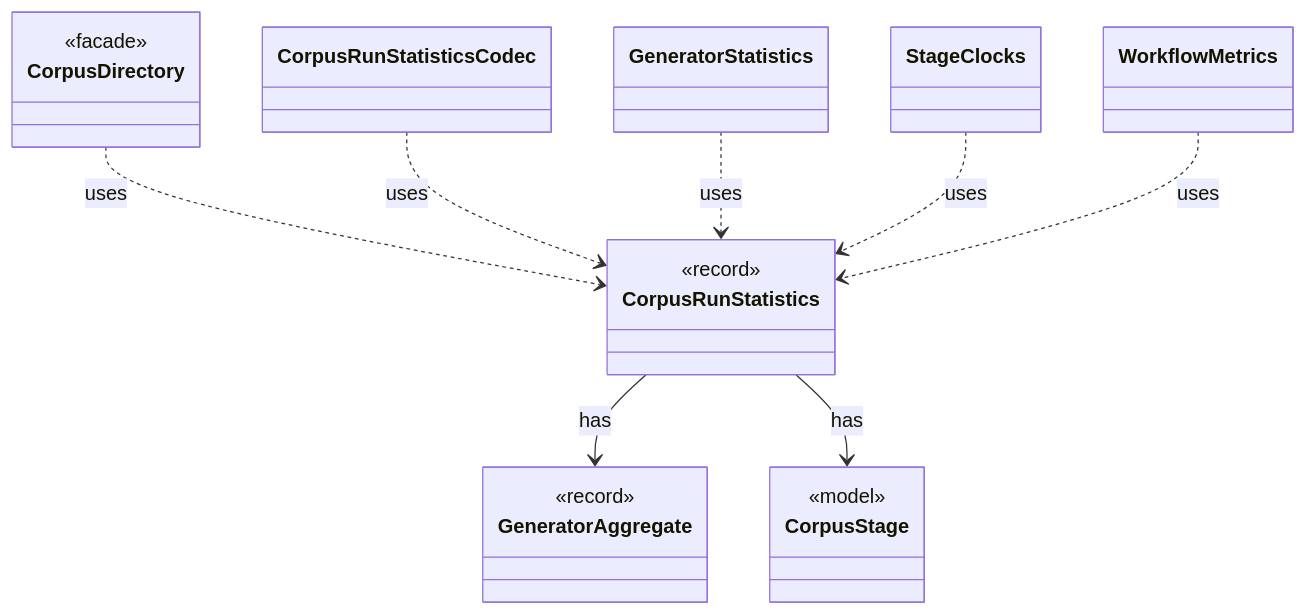
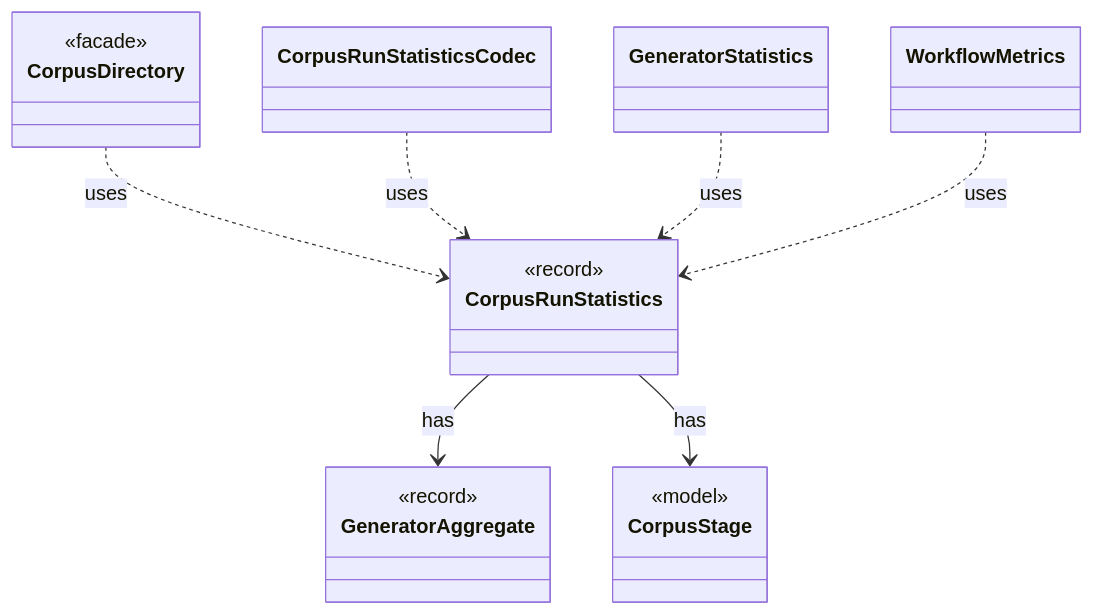
One commit to tlaplus/model-checker-hardening changed the diagram in dev/types/io.github.tlaplus.hardening.corpus.CorpusRunStatistics.md. Above: the diagram before and after it, drawn with Mermaid. The commit also changed other lines of this file and 408 other files, not shown here.

````diff
--- a/dev/types/io.github.tlaplus.hardening.corpus.CorpusRunStatistics.md
+++ b/dev/types/io.github.tlaplus.hardening.corpus.CorpusRunStatistics.md
@@ -7,26 +7,24 @@
 ```mermaid
 classDiagram
   class CorpusRunStatistics {
     <<record>>
   }
   class GeneratorAggregate {
     <<record>>
   }
   class CorpusStage {
     <<model>>
   }
   class CorpusDirectory {
     <<facade>>
   }
   class CorpusRunStatisticsCodec
   class GeneratorStatistics
-  class StageClocks
   class WorkflowMetrics
   CorpusRunStatistics --> GeneratorAggregate : has
   CorpusRunStatistics --> CorpusStage : has
   CorpusDirectory ..> CorpusRunStatistics : uses
   CorpusRunStatisticsCodec ..> CorpusRunStatistics : uses
   GeneratorStatistics ..> CorpusRunStatistics : uses
-  StageClocks ..> CorpusRunStatistics : uses
   WorkflowMetrics ..> CorpusRunStatistics : uses
 ```
````
